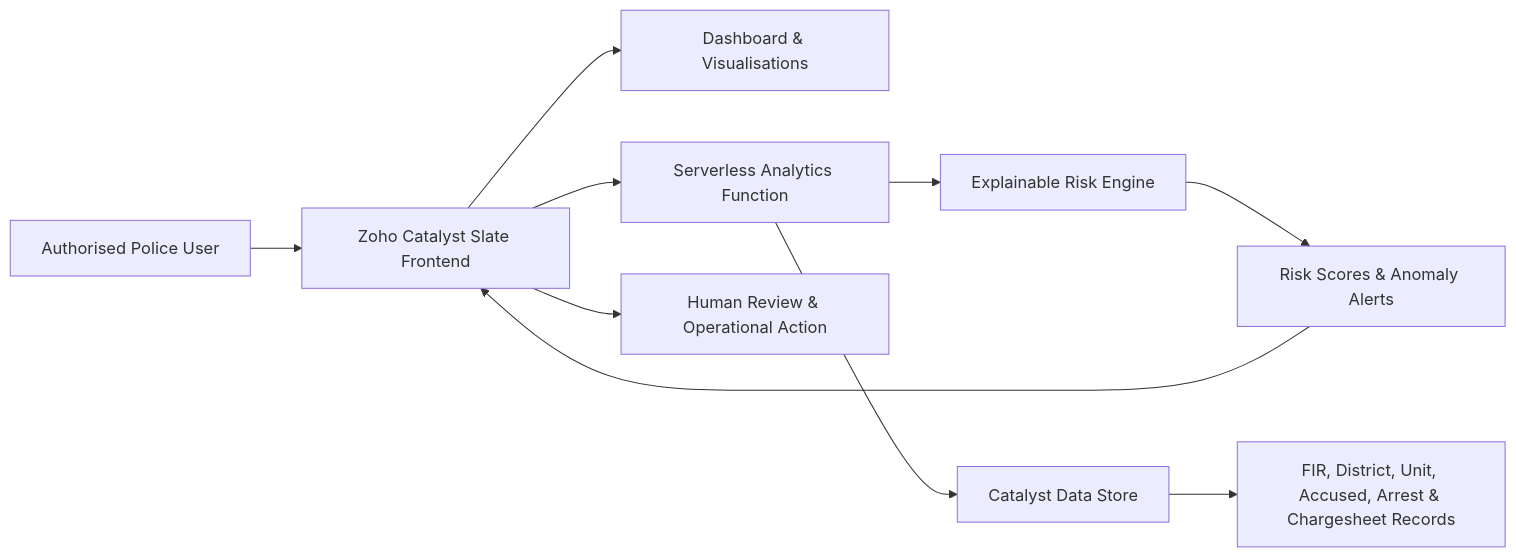
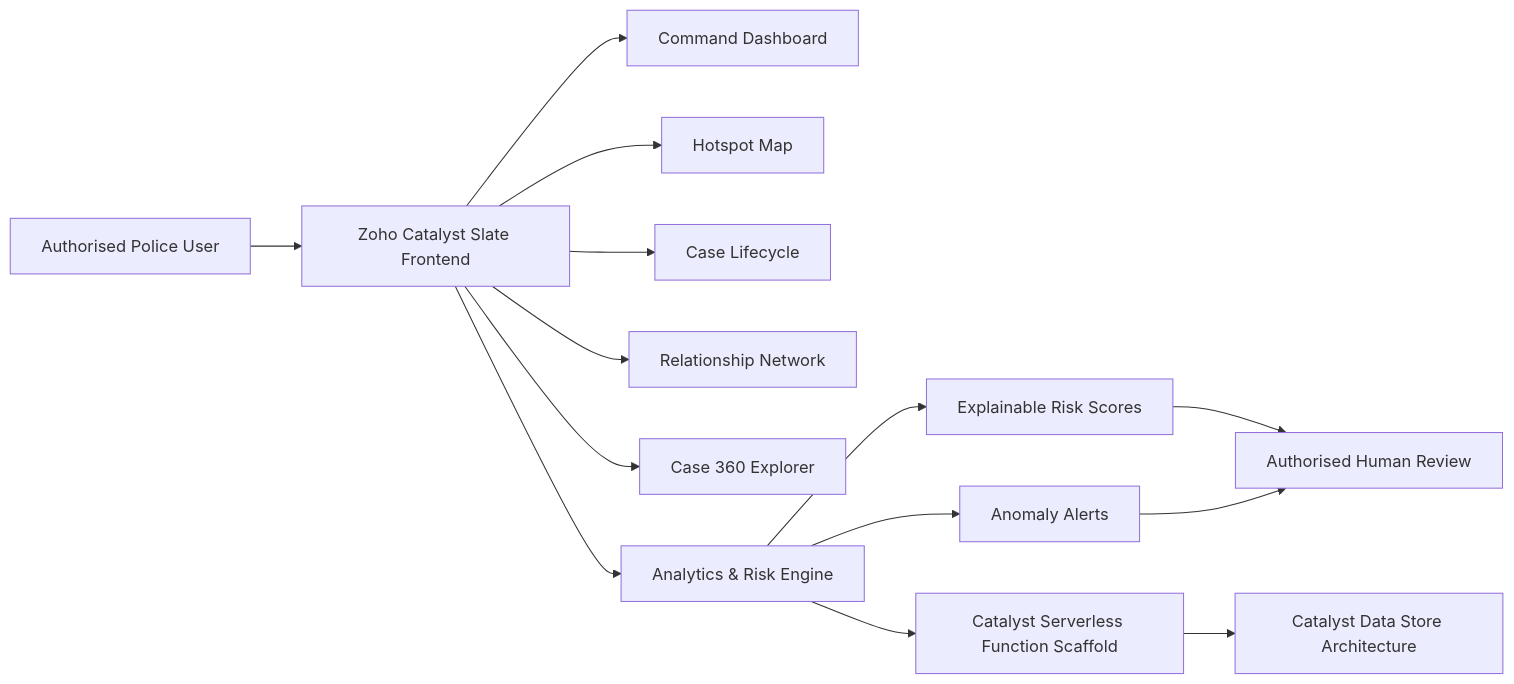
Before and after one commit to tanishkgupta365/KAVACH360: the diagram in README.md, drawn with Mermaid. The commit also changed other lines of this file, not shown here.

````diff
--- a/README.md
+++ b/README.md
@@ -517,12 +213,19 @@
 ```mermaid
 flowchart LR
     A[Authorised Police User] --> B[Zoho Catalyst Slate Frontend]
-    B --> C[Dashboard & Visualisations]
-    B --> D[Serverless Analytics Function]
-    D --> E[Explainable Risk Engine]
-    D --> F[Catalyst Data Store]
-    F --> G[FIR, District, Unit, Accused, Arrest & Chargesheet Records]
-    E --> H[Risk Scores & Anomaly Alerts]
-    H --> B
-    B --> I[Human Review & Operational Action]
+    B --> C[Command Dashboard]
+    B --> D[Hotspot Map]
+    B --> E[Case Lifecycle]
+    B --> F[Relationship Network]
+    B --> G[Case 360 Explorer]
+
+    B --> H[Analytics & Risk Engine]
+    H --> I[Explainable Risk Scores]
+    H --> J[Anomaly Alerts]
+
+    H --> K[Catalyst Serverless Function Scaffold]
+    K --> L[Catalyst Data Store Architecture]
+
+    I --> M[Authorised Human Review]
+    J --> M
 ```
````
